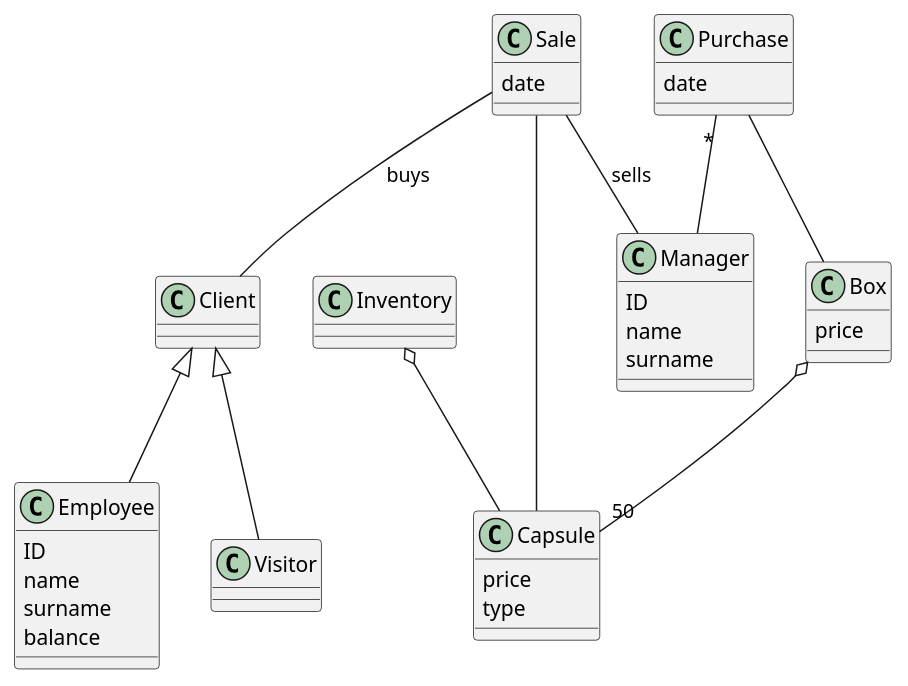
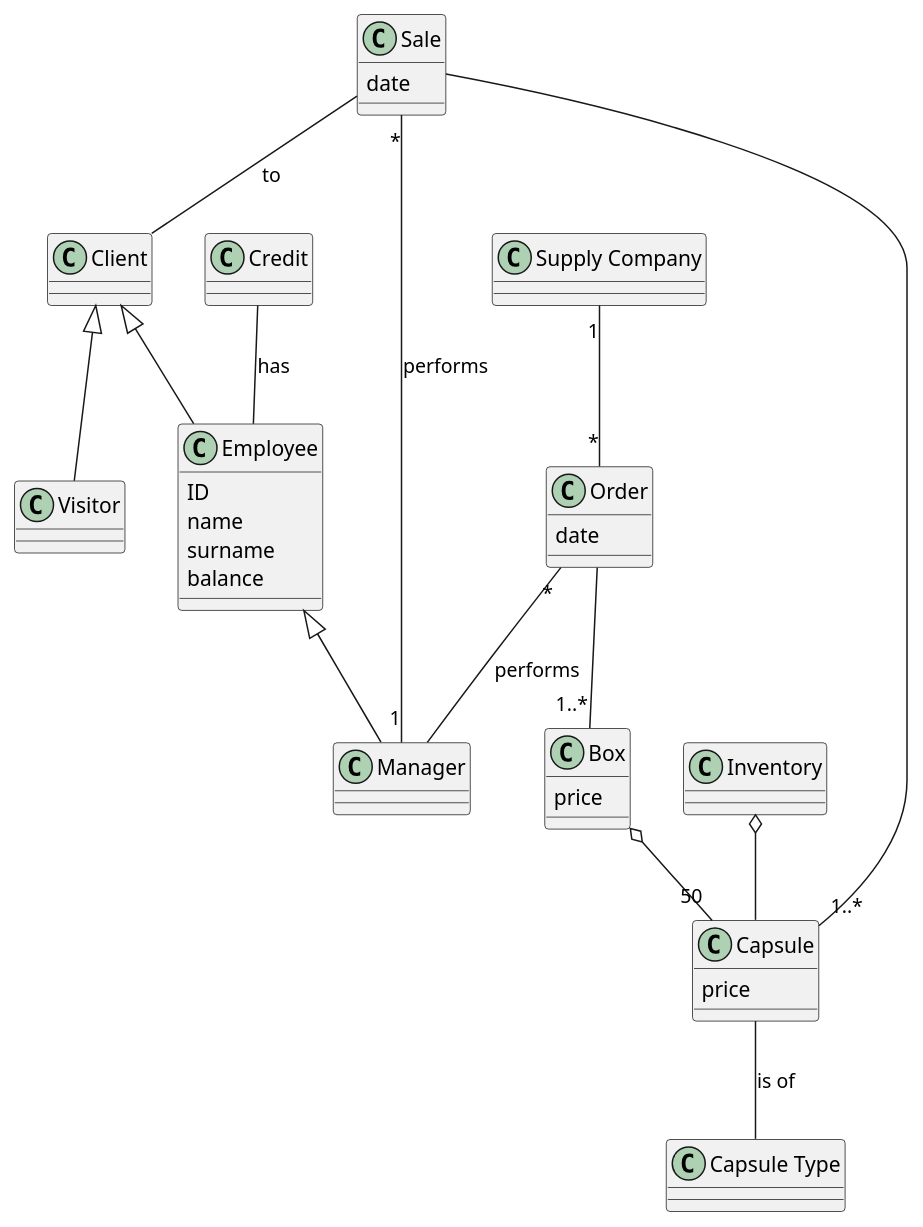
Before and after one commit to roypaulin/laTazza: the third of 3 diagrams in Project/Requirements/RequirementDocument.md, drawn with PlantUML.

Commit message:
update Glossary

````diff
--- a/Project/Requirements/RequirementDocument.md
+++ b/Project/Requirements/RequirementDocument.md
@@ -296,58 +296,63 @@
 ```plantuml
 class Visitor{
 }
 
 class Employee{
 ID
 name
 surname
 balance
 }
 
 class Client{
 }
 
+class "Supply Company"{
+}
 
 class Manager{
-ID
-name
-surname
 }
 
-
-class Sale{
-date
+class Credit{
+}
+class Capsule{
+price
 }
 
-class Purchase{
-date
+class "Capsule Type"{
 }
-
-class Capsule{
-price
-type
-}
-
-
 class Box {
 price
 }
 
 
 class Inventory{
 }
 
+class Sale{
+date
+}
 
+class Order{
+date
+}
+
+Order "*" -- Manager: performs
+Order -- "1..*" Box
+"Supply Company" "1" -- "*" Order 
+
+Sale "*" -- "1" Manager: performs
+Sale -- Client: to
+Sale -- "1..*" Capsule 
+
+Credit -- Employee: has
 Box o-- “50” Capsule
 Inventory o-- Capsule
 
 Client <|-- Employee
 Client <|-- Visitor
 
-Sale -- Client: buys
-Sale -- Capsule
-Sale -- Manager: sells
+Employee <|-- Manager
 
-Purchase -- Box
-Purchase “*” --  Manager
+Capsule -- "Capsule Type": is of
 ```
````
